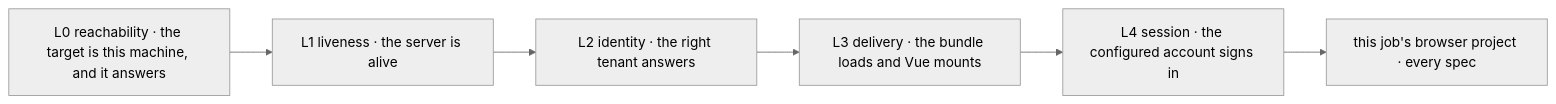
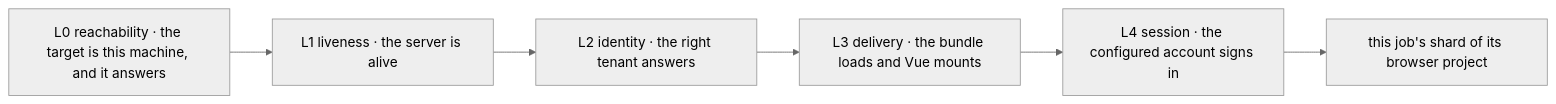
The second of 6 diagrams in docs/test-layers.md (geins-io/sales-portal), drawn with Mermaid (neutral theme) before and after one commit. The commit also changed other lines of this file and 4 other files, not shown here.

````diff
--- a/docs/test-layers.md
+++ b/docs/test-layers.md
@@ -52,8 +54,8 @@
 ```mermaid
 flowchart LR
     P0["L0 reachability · the target is this machine, and it answers"] --> P1["L1 liveness · the server is alive"]
     P1 --> P2["L2 identity · the right tenant answers"]
     P2 --> P3["L3 delivery · the bundle loads and Vue mounts"]
     P3 --> P4["L4 session · the configured account signs in"]
-    P4 --> PROJ["this job's browser project · every spec"]
+    P4 --> PROJ["this job's shard of its browser project"]
 ```
````
